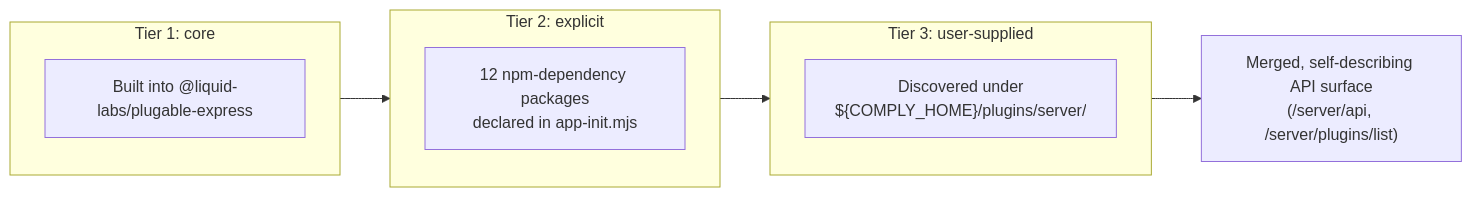
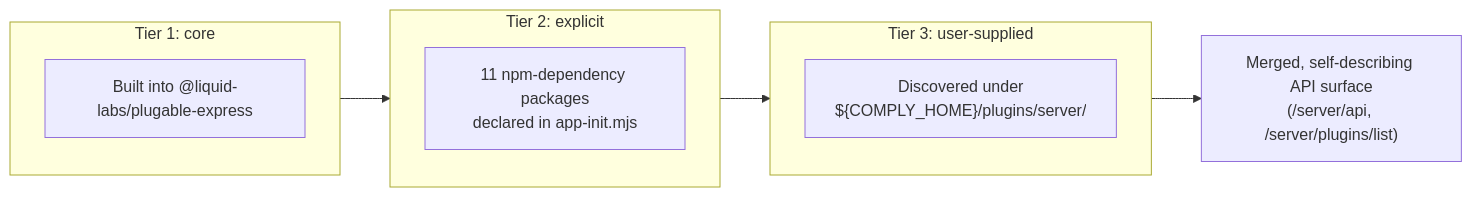
The diagram in docs/architecture/plugin-loading-tiers.md (sdlcforge/core-server), drawn with Mermaid before and after one commit. The commit also changed other lines of this file, not shown here.

````diff
--- a/docs/architecture/plugin-loading-tiers.md
+++ b/docs/architecture/plugin-loading-tiers.md
@@ -22,16 +22,16 @@
 ```mermaid
 flowchart LR
     subgraph T1["Tier 1: core"]
         direction TB
         A["Built into @liquid-labs/plugable-express"]
     end
     subgraph T2["Tier 2: explicit"]
         direction TB
-        B["12 npm-dependency packages<br/>declared in app-init.mjs"]
+        B["11 npm-dependency packages<br/>declared in app-init.mjs"]
     end
     subgraph T3["Tier 3: user-supplied"]
         direction TB
         C["Discovered under<br/>${COMPLY_HOME}/plugins/server/"]
     end
     T1 --> T2 --> T3 --> API["Merged, self-describing API surface<br/>(/server/api, /server/plugins/list)"]
 ```
````
